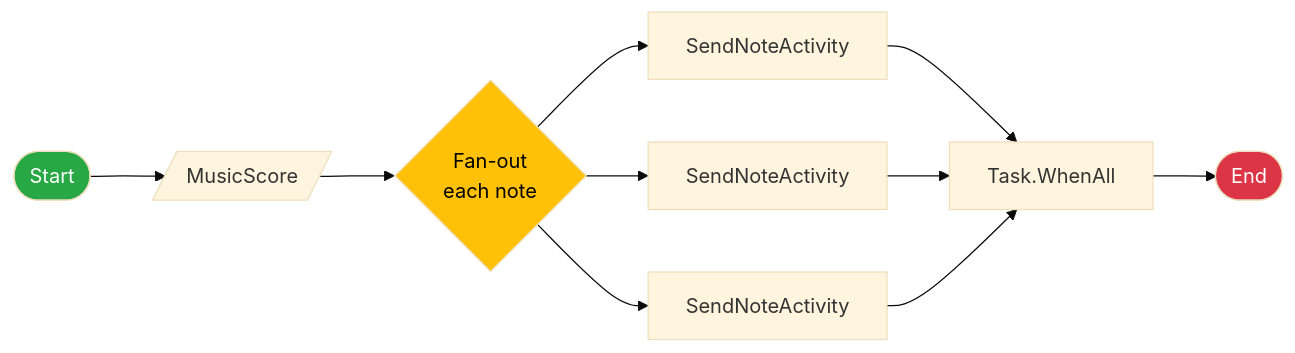
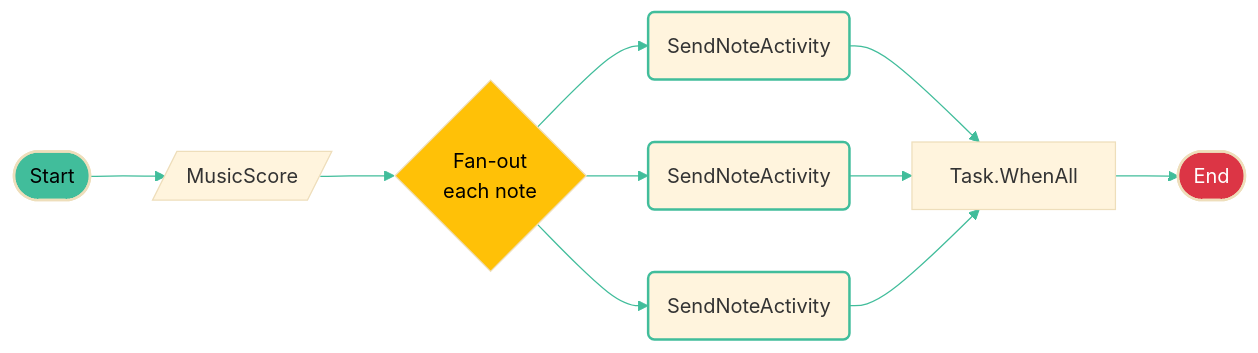
The diagram in .demo/slides/03-tech-setup/04c-music-workflow-v4-diagram.md (diagrid-labs/dapr-workflow-concerto), drawn with Mermaid (base theme) before and after one commit. The commit also changed 8 other files, not shown here.

Commit message:
Update mermaid styles

````diff
--- a/.demo/slides/03-tech-setup/04c-music-workflow-v4-diagram.md
+++ b/.demo/slides/03-tech-setup/04c-music-workflow-v4-diagram.md
@@ -7,17 +7,21 @@
 ```mermaid
 flowchart LR
     Start([Start]) --> Input[/MusicScore/]
     Input --> FanOut{Fan-out
     each note}
-    FanOut --> A1[SendNoteActivity]
-    FanOut --> A2[SendNoteActivity]
-    FanOut --> A3[SendNoteActivity]
+    FanOut --> A1(SendNoteActivity)
+    FanOut --> A2(SendNoteActivity)
+    FanOut --> A3(SendNoteActivity)
     A1 --> WhenAll[Task.WhenAll]
     A2 --> WhenAll
     A3 --> WhenAll
     WhenAll --> Complete([End])
 
-    style Start fill:#28a745,color:#ffffff
-    style Complete fill:#dc3545,color:#ffffff
+    style Start fill:#41bd9b,color:#000000,stroke-width:2px
+    style Complete fill:#dc3545,color:#ffffff,stroke-width:2px
     style FanOut fill:#ffc107,color:#000000
+    style A1 stroke:#41bd9b,stroke-width:2px
+    style A2 stroke:#41bd9b,stroke-width:2px
+    style A3 stroke:#41bd9b,stroke-width:2px
+    linkStyle default stroke:#41bd9b,stroke-width:1px
 ```
````
